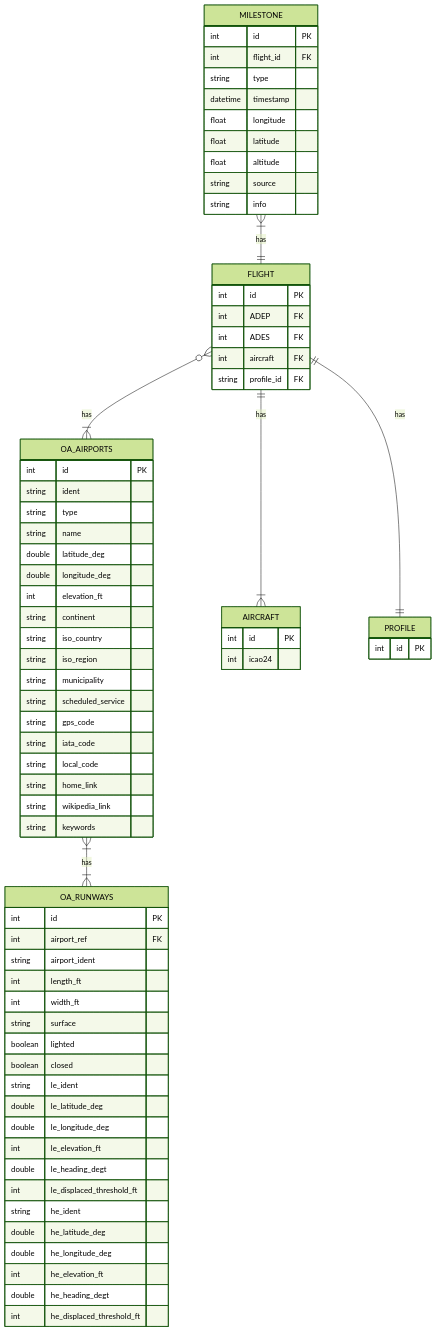
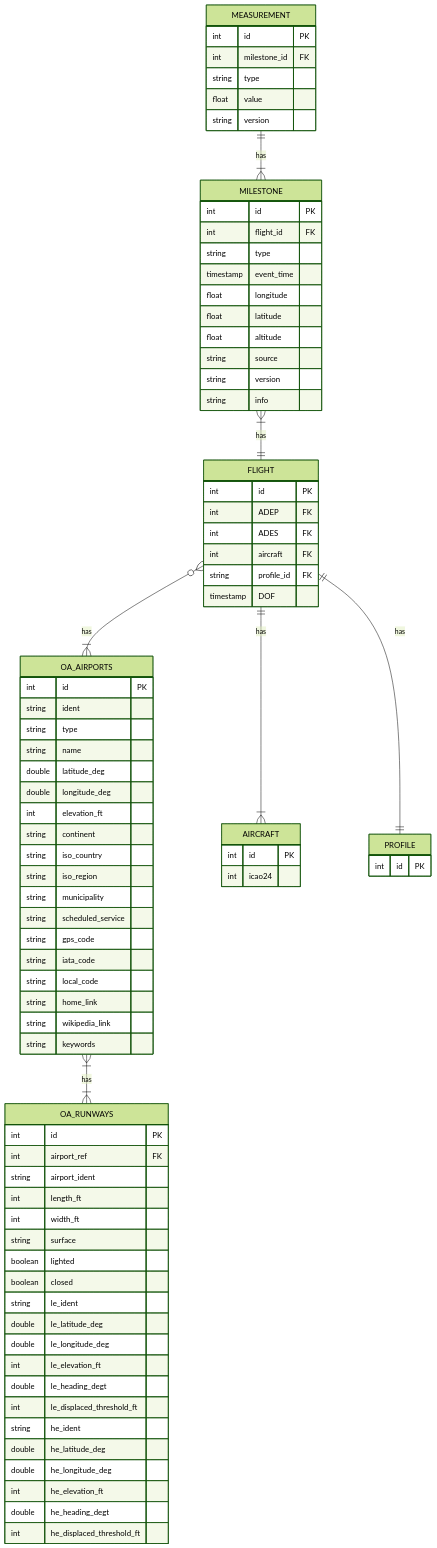
One commit to euctrl-pru/flight-milestones-concepts changed the diagram in index.qmd. Above: the diagram before and after it, drawn with Mermaid (forest theme). The commit also changed other lines of this file and 2 other files, not shown here.

Commit message:
Corrections.

````diff
--- a/index.qmd
+++ b/index.qmd
@@ -140,12 +140,20 @@
         int id PK
         int flight_id FK
         string type
-        datetime timestamp
+        timestamp event_time
         float longitude
         float latitude
         float altitude
         string source
+        string version
         string info
+    }
+    MEASUREMENT {
+        int id PK
+        int milestone_id FK
+        string type
+        float value
+        string version
     }
     FLIGHT {
         int id PK
@@ -153,6 +161,7 @@
         int ADES FK
         int aircraft FK
         string profile_id FK
+        timestamp DOF
     }
     OA_AIRPORTS {
         int id PK
@@ -209,5 +218,6 @@
     OA_AIRPORTS   }|--|{ OA_RUNWAYS : has
     FLIGHT ||--|{ AIRCRAFT : has
     FLIGHT ||--|| PROFILE : has 
+    MEASUREMENT ||--|{ MILESTONE : has
 
 ```
````
